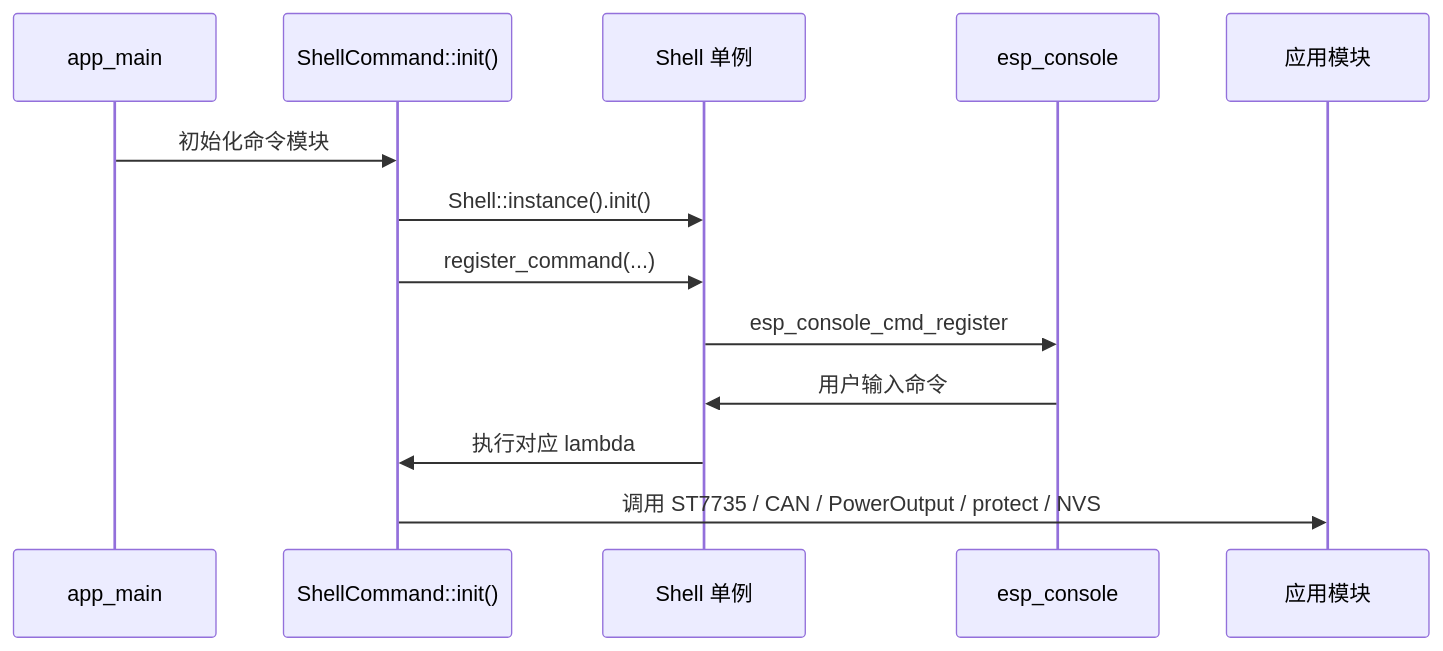
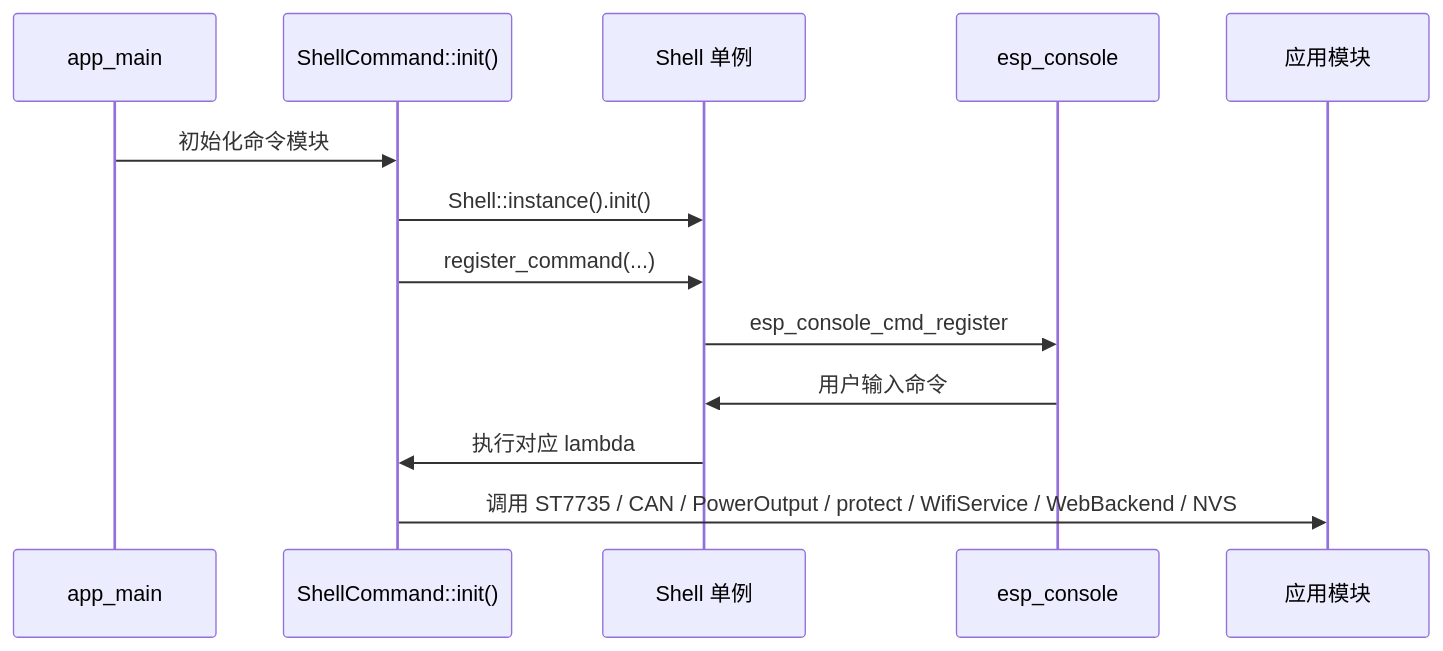
One commit to qingmeijiupiao/Wireless_power_meter_lite changed the first of 2 diagrams in components/app/shell_command/README.md. Above: the diagram before and after it, drawn with Mermaid. The commit also changed other lines of this file and 30 other files, not shown here.

````diff
--- a/components/app/shell_command/README.md
+++ b/components/app/shell_command/README.md
@@ -13,16 +14,16 @@
 ```mermaid
 sequenceDiagram
     participant Main as app_main
     participant SC as ShellCommand::init()
     participant Shell as Shell 单例
     participant Console as esp_console
     participant App as 应用模块
 
     Main->>SC: 初始化命令模块
     SC->>Shell: Shell::instance().init()
     SC->>Shell: register_command(...)
     Shell->>Console: esp_console_cmd_register
     Console->>Shell: 用户输入命令
     Shell->>SC: 执行对应 lambda
-    SC->>App: 调用 ST7735 / CAN / PowerOutput / protect / NVS
+    SC->>App: 调用 ST7735 / CAN / PowerOutput / protect / WifiService / WebBackend / NVS
 ```
````
